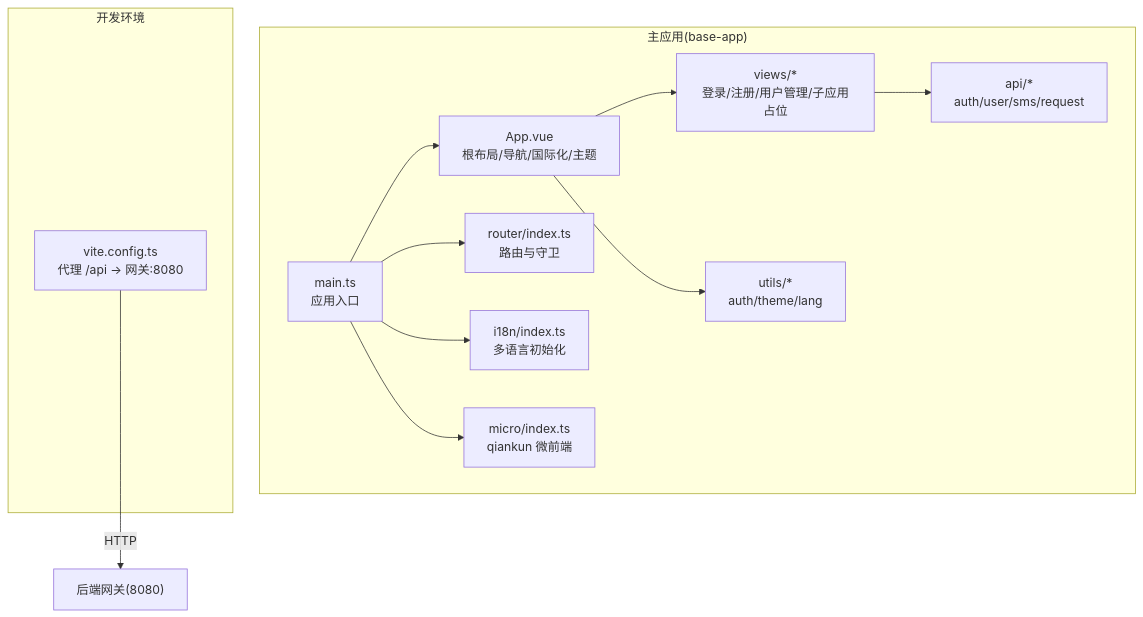
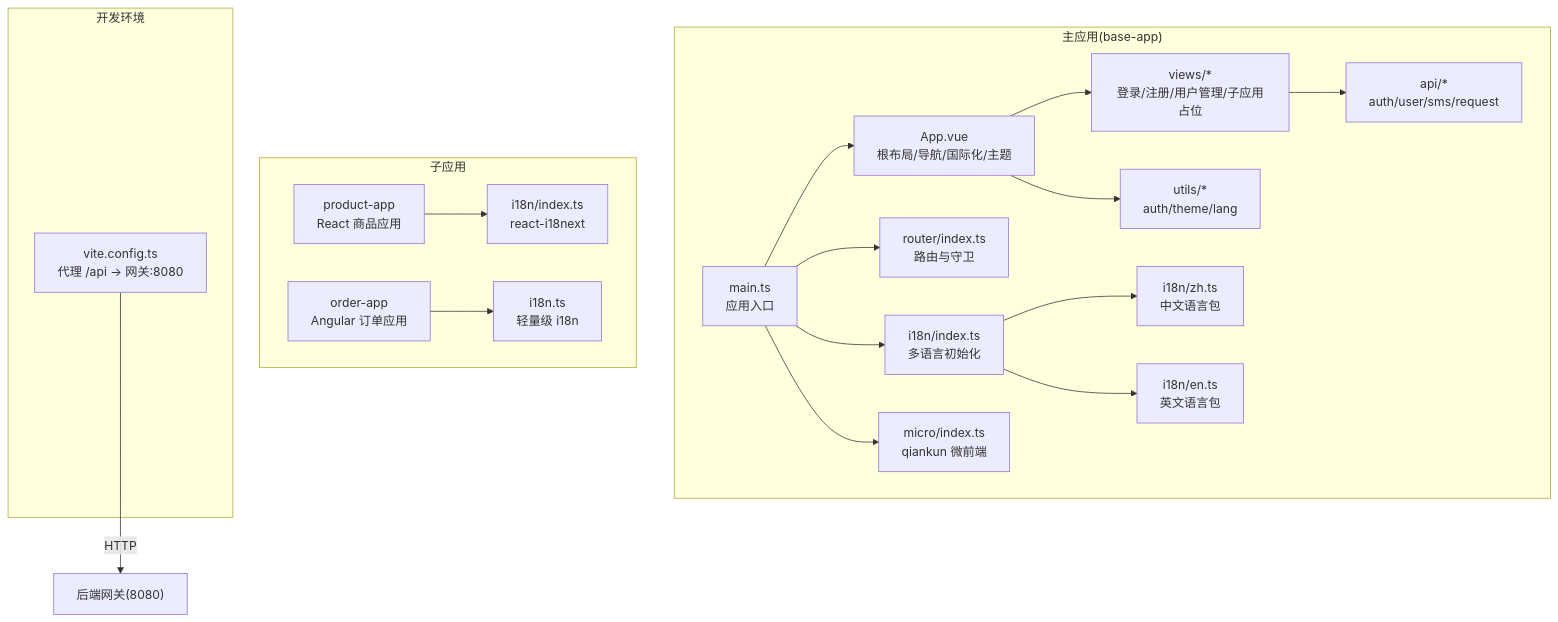
The first of 9 diagrams in .qoder/repowiki/zh/content/前端架构设计/主应用(base-app).md (haohailiang/qoder-fullstack), drawn with Mermaid before and after one commit. The commit also changed other lines of this file and 44 other files, not shown here.

````diff
--- a/.qoder/repowiki/zh/content/前端架构设计/主应用(base-app).md
+++ b/.qoder/repowiki/zh/content/前端架构设计/主应用(base-app).md
@@ -48,16 +62,22 @@
 ```mermaid
 graph TB
 subgraph "主应用(base-app)"
 A["main.ts<br/>应用入口"] --> B["App.vue<br/>根布局/导航/国际化/主题"]
 A --> C["router/index.ts<br/>路由与守卫"]
 A --> D["i18n/index.ts<br/>多语言初始化"]
 A --> E["micro/index.ts<br/>qiankun 微前端"]
 B --> F["views/*<br/>登录/注册/用户管理/子应用占位"]
 B --> G["utils/*<br/>auth/theme/lang"]
 F --> H["api/*<br/>auth/user/sms/request"]
+D --> I["i18n/zh.ts<br/>中文语言包"]
+D --> J["i18n/en.ts<br/>英文语言包"]
+end
+subgraph "子应用"
+K["product-app<br/>React 商品应用"] --> L["i18n/index.ts<br/>react-i18next"]
+M["order-app<br/>Angular 订单应用"] --> N["i18n.ts<br/>轻量级 i18n"]
 end
 subgraph "开发环境"
-V["vite.config.ts<br/>代理 /api -> 网关:8080"]
+O["vite.config.ts<br/>代理 /api -> 网关:8080"]
 end
-V --> |"HTTP"| 网关["后端网关(8080)"]
+O --> |"HTTP"| 网关["后端网关(8080)"]
 ```
````
